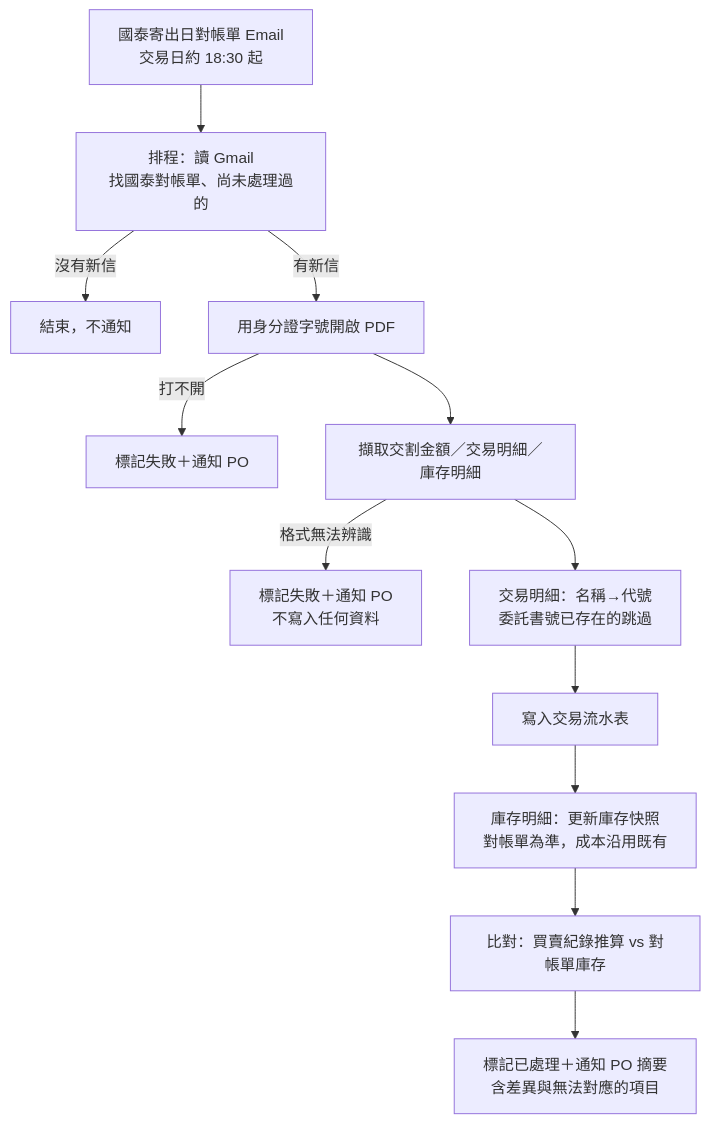
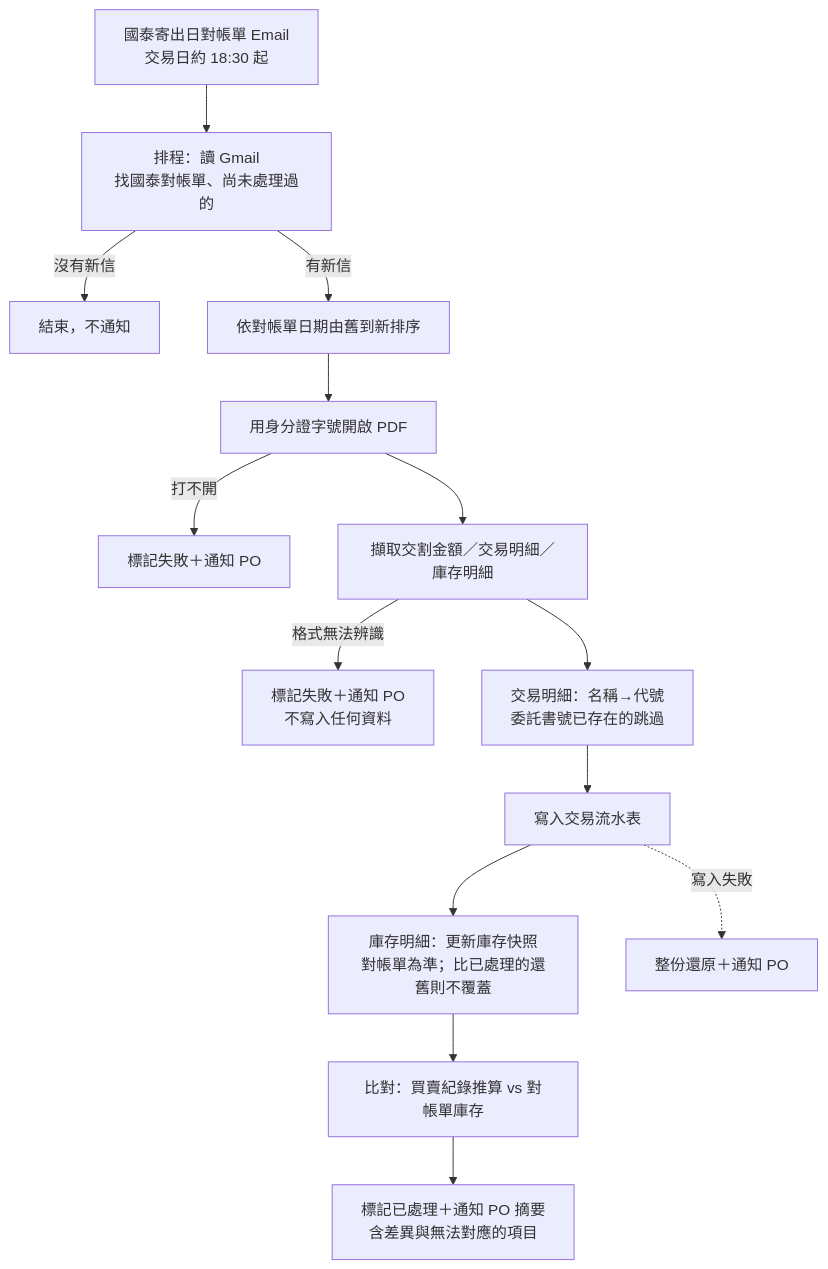
One commit to standerfly/AlphaVibe changed the first of 3 diagrams in docs/spec-intake/broker-statement-import/supporting-artifacts/workflow-and-states.md. Above: the diagram before and after it, drawn with Mermaid. The commit also changed other lines of this file and 12 other files, not shown here.

````diff
--- a/docs/spec-intake/broker-statement-import/supporting-artifacts/workflow-and-states.md
+++ b/docs/spec-intake/broker-statement-import/supporting-artifacts/workflow-and-states.md
@@ -9,14 +9,16 @@
 ```mermaid
 flowchart TD
     A[國泰寄出日對帳單 Email<br/>交易日約 18:30 起] --> B[排程：讀 Gmail<br/>找國泰對帳單、尚未處理過的]
     B -->|沒有新信| Z[結束，不通知]
-    B -->|有新信| C[用身分證字號開啟 PDF]
+    B -->|有新信| B2[依對帳單日期由舊到新排序]
+    B2 --> C[用身分證字號開啟 PDF]
     C -->|打不開| F1[標記失敗＋通知 PO]
     C --> D[擷取交割金額／交易明細／庫存明細]
     D -->|格式無法辨識| F2[標記失敗＋通知 PO<br/>不寫入任何資料]
     D --> E[交易明細：名稱→代號<br/>委託書號已存在的跳過]
     E --> G[寫入交易流水表]
-    G --> H[庫存明細：更新庫存快照<br/>對帳單為準，成本沿用既有]
+    G --> H[庫存明細：更新庫存快照<br/>對帳單為準；比已處理的還舊則不覆蓋]
+    G -.->|寫入失敗| F3[整份還原＋通知 PO]
     H --> I[比對：買賣紀錄推算 vs 對帳單庫存]
     I --> J[標記已處理＋通知 PO 摘要<br/>含差異與無法對應的項目]
 ```
````
